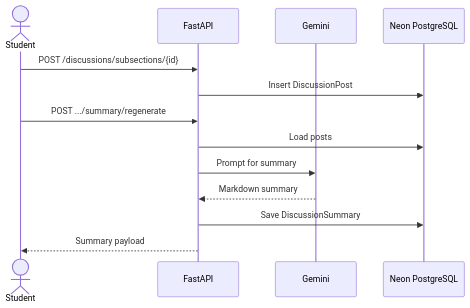
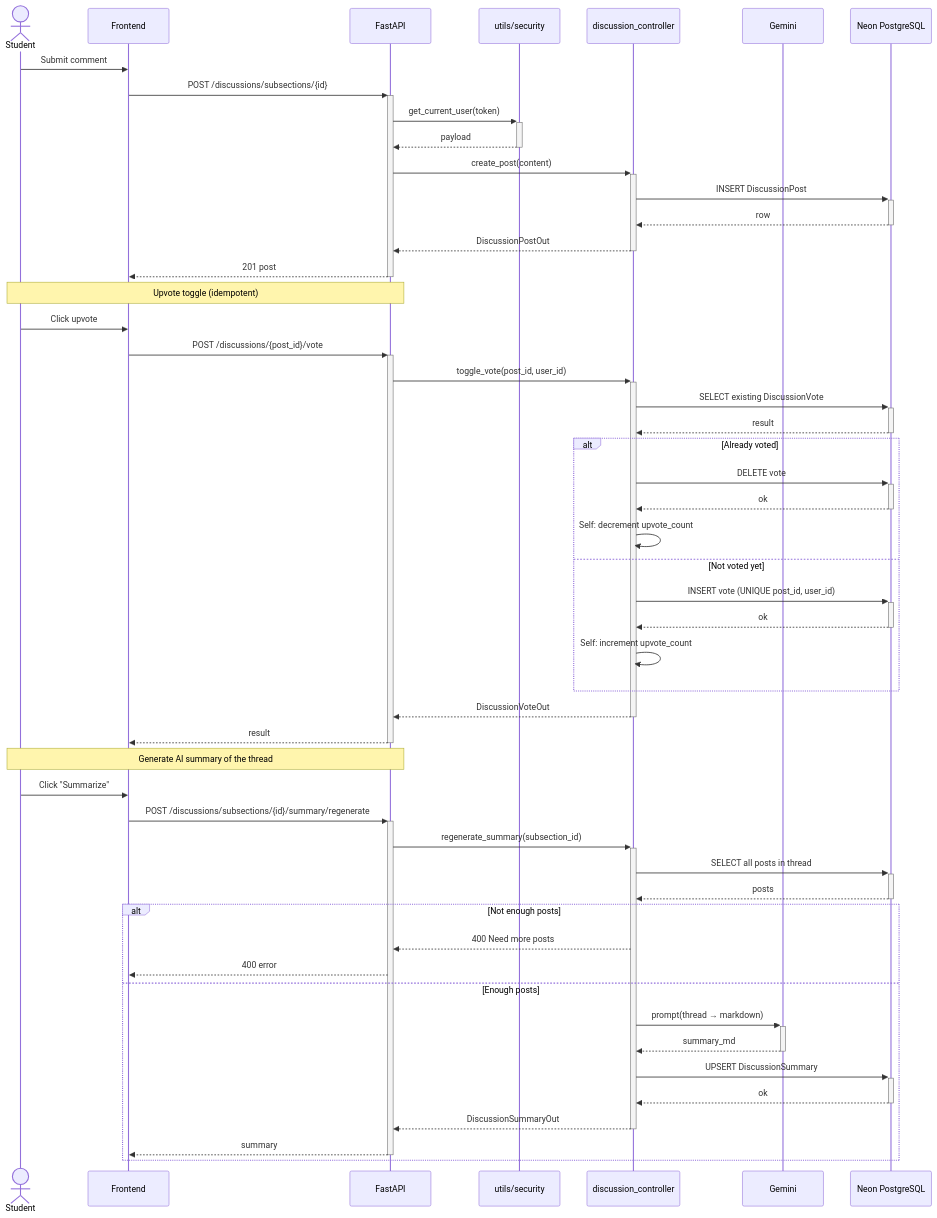
One commit to yazidha09/Hub4Learners changed the fifth of 5 diagrams in docs/sprints/SPRINT_5.md. Above: the diagram before and after it, drawn with Mermaid. The commit also changed other lines of this file and 5 other files, not shown here.

````diff
--- a/docs/sprints/SPRINT_5.md
+++ b/docs/sprints/SPRINT_5.md
@@ -211,17 +242,58 @@
 ```mermaid
 sequenceDiagram
     actor Student
+    participant Frontend
     participant API as FastAPI
+    participant Sec as utils/security
+    participant Disc as discussion_controller
     participant Gemini
     participant DB as Neon PostgreSQL
 
-    Student->>API: POST /discussions/subsections/{id}
-    API->>DB: Insert DiscussionPost
+    Student->>Frontend: Submit comment
+    Frontend->>+API: POST /discussions/subsections/{id}
+    API->>+Sec: get_current_user(token)
+    Sec-->>-API: payload
+    API->>+Disc: create_post(content)
+    Disc->>+DB: INSERT DiscussionPost
+    DB-->>-Disc: row
+    Disc-->>-API: DiscussionPostOut
+    API-->>-Frontend: 201 post
 
-    Student->>API: POST .../summary/regenerate
-    API->>DB: Load posts
-    API->>Gemini: Prompt for summary
-    Gemini-->>API: Markdown summary
-    API->>DB: Save DiscussionSummary
-    API-->>Student: Summary payload
+    Note over Student,API: Upvote toggle (idempotent)
+
+    Student->>Frontend: Click upvote
+    Frontend->>+API: POST /discussions/{post_id}/vote
+    API->>+Disc: toggle_vote(post_id, user_id)
+    Disc->>+DB: SELECT existing DiscussionVote
+    DB-->>-Disc: result
+    alt Already voted
+        Disc->>+DB: DELETE vote
+        DB-->>-Disc: ok
+        Disc->>Disc: Self: decrement upvote_count
+    else Not voted yet
+        Disc->>+DB: INSERT vote (UNIQUE post_id, user_id)
+        DB-->>-Disc: ok
+        Disc->>Disc: Self: increment upvote_count
+    end
+    Disc-->>-API: DiscussionVoteOut
+    API-->>-Frontend: result
+
+    Note over Student,API: Generate AI summary of the thread
+
+    Student->>Frontend: Click "Summarize"
+    Frontend->>+API: POST /discussions/subsections/{id}/summary/regenerate
+    API->>+Disc: regenerate_summary(subsection_id)
+    Disc->>+DB: SELECT all posts in thread
+    DB-->>-Disc: posts
+    alt Not enough posts
+        Disc-->>API: 400 Need more posts
+        API-->>Frontend: 400 error
+    else Enough posts
+        Disc->>+Gemini: prompt(thread → markdown)
+        Gemini-->>-Disc: summary_md
+        Disc->>+DB: UPSERT DiscussionSummary
+        DB-->>-Disc: ok
+        Disc-->>-API: DiscussionSummaryOut
+        API-->>-Frontend: summary
+    end
 ```
````
